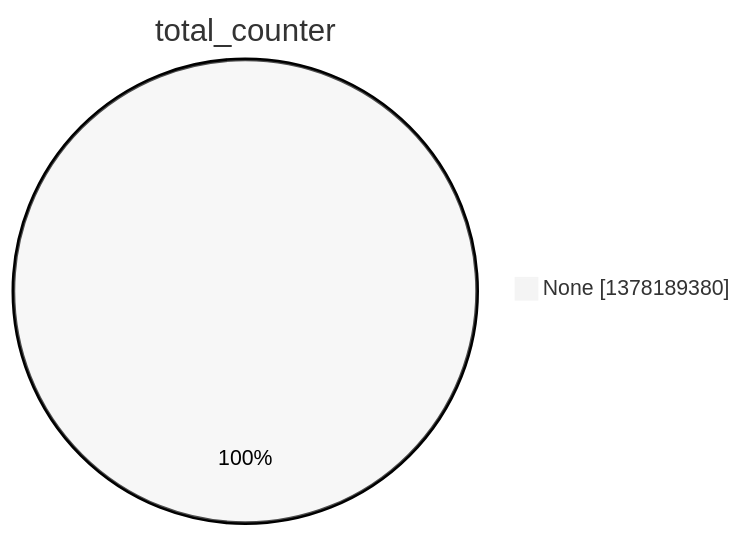
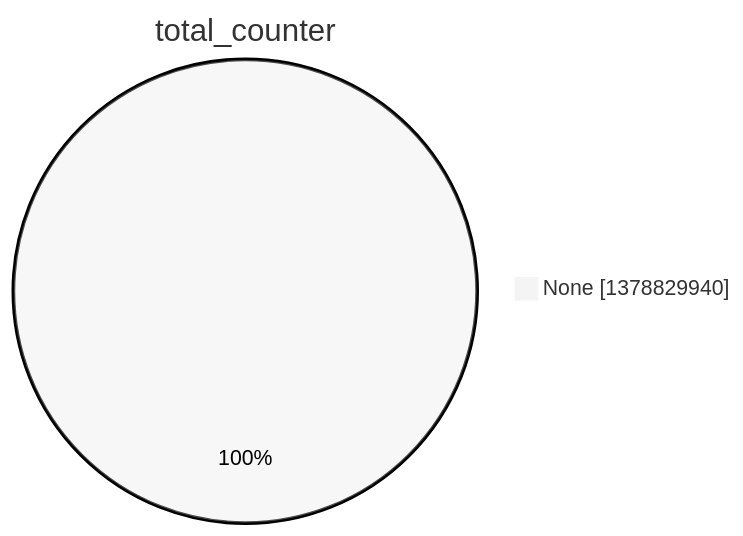
One commit to christiankrug/ctmonitor_visualization changed the second of 15 diagrams in argon2022/README.md. Above: the diagram before and after it, drawn with Mermaid (neutral theme). The commit also changed other lines of this file, not shown here.

````diff
--- a/argon2022/README.md
+++ b/argon2022/README.md
@@ -9,5 +9,5 @@
 ```mermaid
 pie showData
 title total_counter
-"None" :1378189380
+"None" :1378829940
 ```
````
